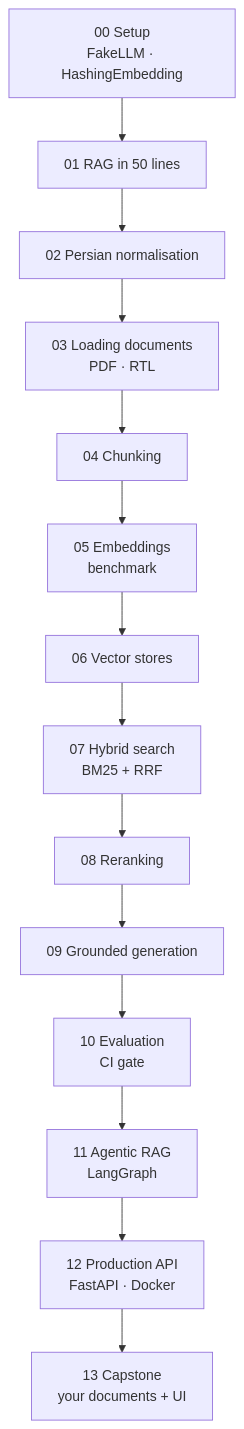
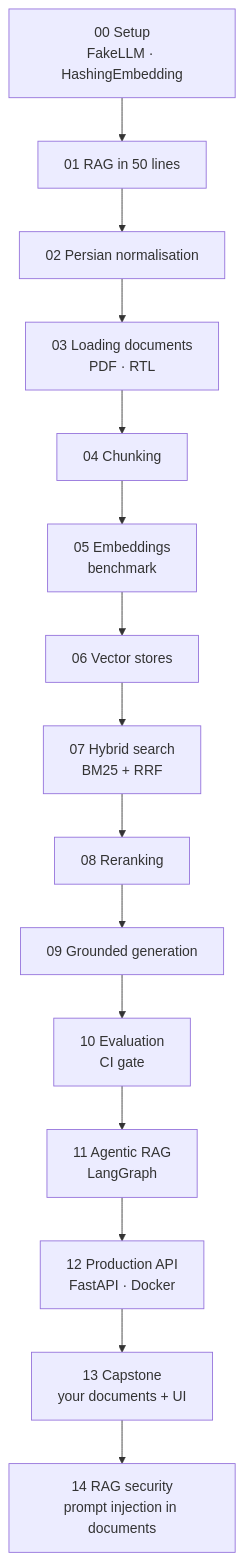
Before and after one commit to snikookar/Persian-RAG-Academy: the second of 2 diagrams in README.md, drawn with Mermaid. The commit also changed other lines of this file and 47 other files, not shown here.

First line of the commit message:
Colab embedding benchmark and lesson 14: RAG security (#7)

````diff
--- a/README.md
+++ b/README.md
@@ -67,10 +68,11 @@
 ```mermaid
 flowchart TB
     L00["00 Setup<br/>FakeLLM · HashingEmbedding"] --> L01["01 RAG in 50 lines"]
     L01 --> L02["02 Persian normalisation"] --> L03["03 Loading documents<br/>PDF · RTL"]
     L03 --> L04["04 Chunking"] --> L05["05 Embeddings<br/>benchmark"] --> L06["06 Vector stores"]
     L06 --> L07["07 Hybrid search<br/>BM25 + RRF"] --> L08["08 Reranking"]
     L08 --> L09["09 Grounded generation"] --> L10["10 Evaluation<br/>CI gate"]
     L10 --> L11["11 Agentic RAG<br/>LangGraph"] --> L12["12 Production API<br/>FastAPI · Docker"]
     L12 --> L13["13 Capstone<br/>your documents + UI"]
+    L13 --> L14["14 RAG security<br/>prompt injection in documents"]
 ```
````
